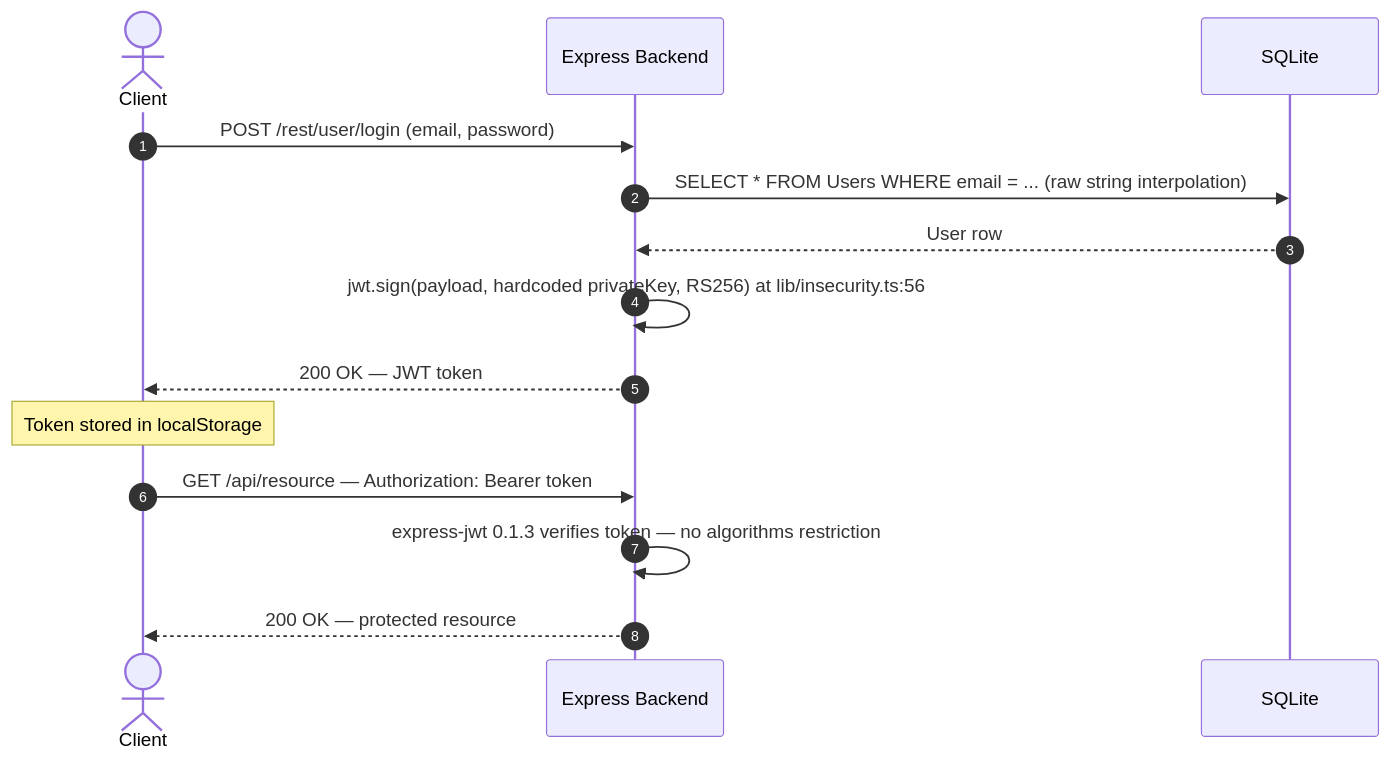
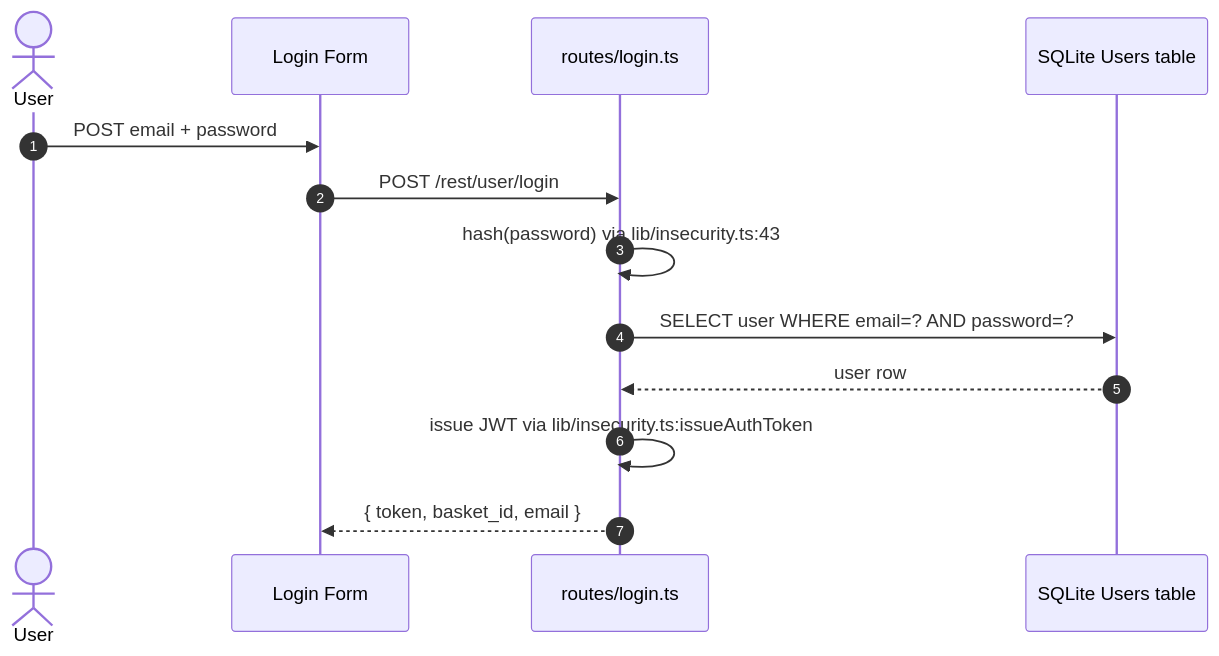
Diagram 17 of 19 in examples/threat-modeler/threat-model-juice-shop-standard.md (appsec-foundry/appsec-advisor), drawn with Mermaid before and after one commit. The commit also changed other lines of this file and 4 other files, not shown here.

````diff
--- a/examples/threat-modeler/threat-model-juice-shop-standard.md
+++ b/examples/threat-modeler/threat-model-juice-shop-standard.md
@@ -887,17 +887,16 @@
 ```mermaid
 sequenceDiagram
     autonumber
-    actor Client
-    participant App as Express Backend
-    participant DB as SQLite
+    actor User
+    participant SPA as Login Form
+    participant API as routes/login.ts
+    participant DB as SQLite Users table
 
-    Client->>App: POST /rest/user/login (email, password)
-    App->>DB: SELECT * FROM Users WHERE email = ... (raw string interpolation)
-    DB-->>App: User row
-    App->>App: jwt.sign(payload, hardcoded privateKey, RS256) at lib/insecurity.ts:56
-    App-->>Client: 200 OK — JWT token
-    Note over Client: Token stored in localStorage
-    Client->>App: GET /api/resource — Authorization: Bearer token
-    App->>App: express-jwt 0.1.3 verifies token — no algorithms restriction
-    App-->>Client: 200 OK — protected resource
+    User->>SPA: POST email + password
+    SPA->>API: POST /rest/user/login
+    API->>API: hash(password) via lib/insecurity.ts:43
+    API->>DB: SELECT user WHERE email=? AND password=?
+    DB-->>API: user row
+    API->>API: issue JWT via lib/insecurity.ts:issueAuthToken
+    API-->>SPA: { token, basket_id, email }
 ```
````
